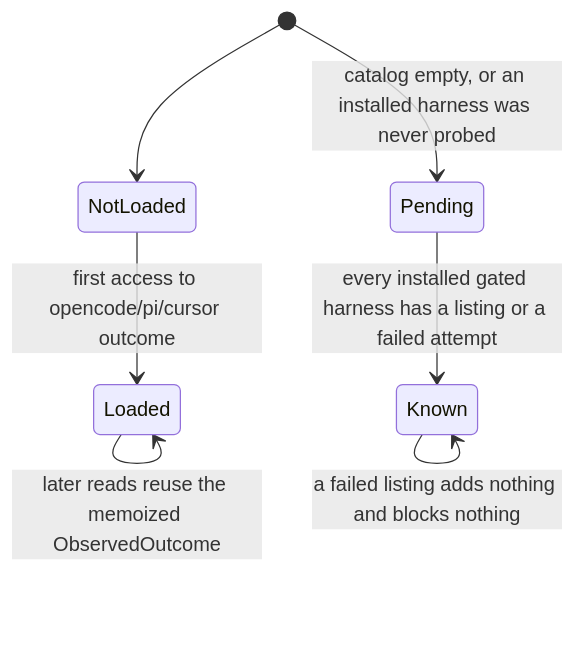
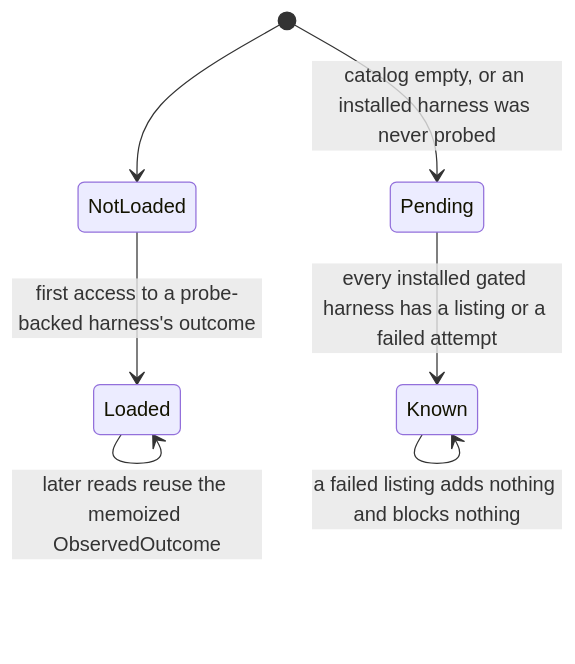
Before and after one commit to haowjy/mars-agents: the second of 2 diagrams in src/harness/.context/state-machines.md, drawn with Mermaid. The commit also changed other lines of this file and 20 other files, not shown here.

First line of the commit message:
refactor: probe-backed harnesses as one table-driven path

````diff
--- a/src/harness/.context/state-machines.md
+++ b/src/harness/.context/state-machines.md
@@ -45,9 +44,9 @@
 ```mermaid
 stateDiagram-v2
  [*] --> NotLoaded
- NotLoaded --> Loaded: first access to opencode/pi/cursor outcome
+ NotLoaded --> Loaded: first access to a probe-backed harness's outcome
  Loaded --> Loaded: later reads reuse the memoized ObservedOutcome
  [*] --> Pending: catalog empty, or an installed harness was never probed
  Pending --> Known: every installed gated harness has a listing or a failed attempt
  Known --> Known: a failed listing adds nothing and blocks nothing
 ```
````
